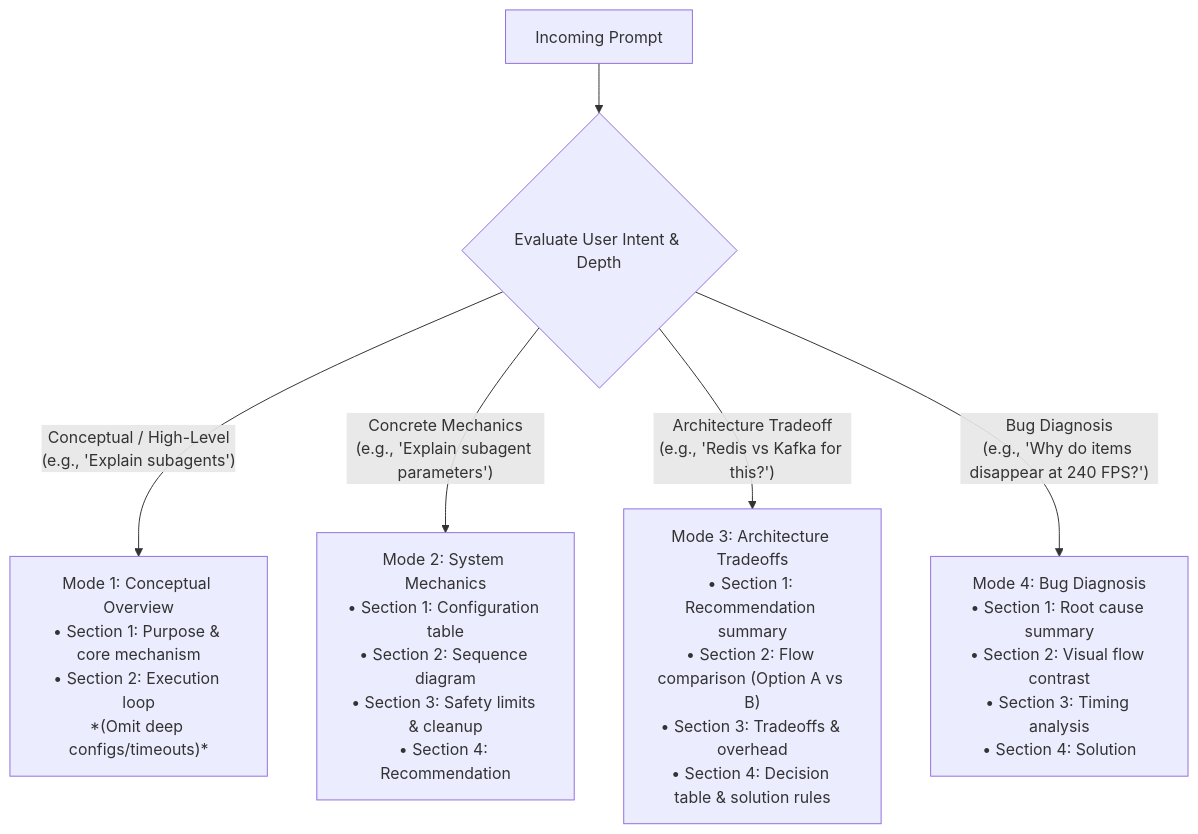
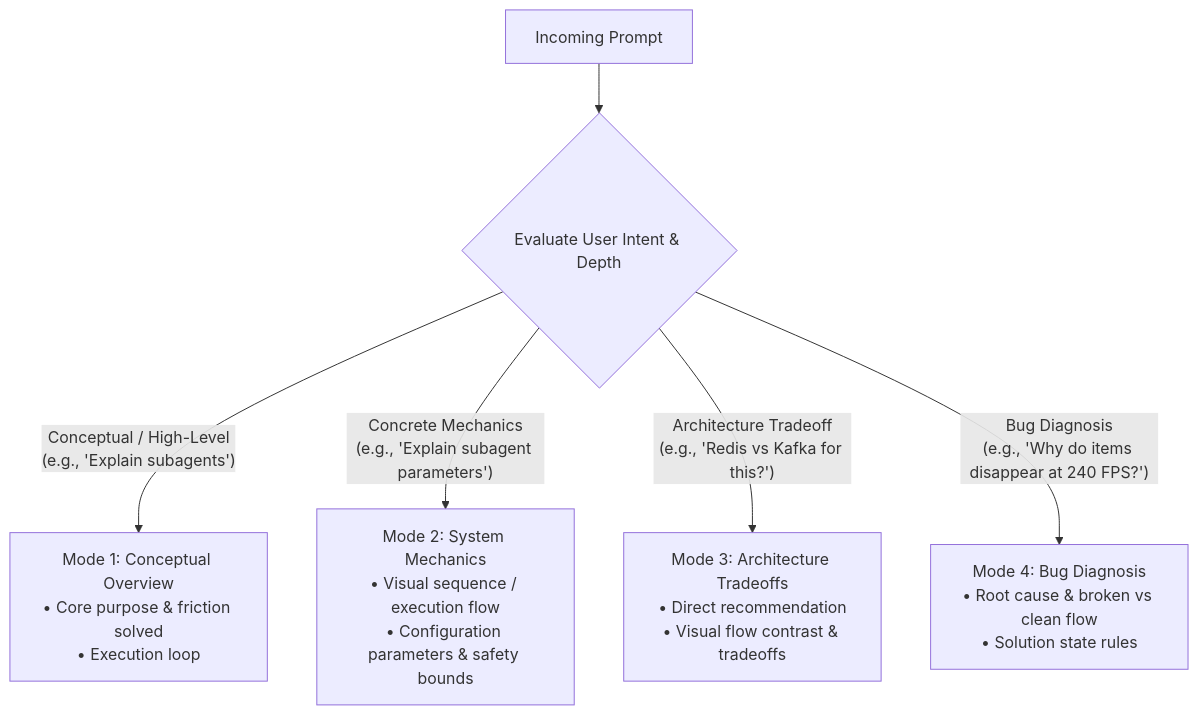
One commit to loerei/myskills changed the diagram in productivity/your-co-engineer-for-this-jet-engine-is-an-infant/SKILL.md. Above: the diagram before and after it, drawn with Mermaid. The commit also changed other lines of this file, not shown here.

Commit message:
docs(skills): balance visual flows with ceremony-free execution workflows in your-co-engineer

````diff
--- a/productivity/your-co-engineer-for-this-jet-engine-is-an-infant/SKILL.md
+++ b/productivity/your-co-engineer-for-this-jet-engine-is-an-infant/SKILL.md
@@ -51,12 +51,12 @@
 ```mermaid
 flowchart TD
     PromptIn["Incoming Prompt"] --> ScopeEval{"Evaluate User Intent & Depth"}
     
-    ScopeEval -->|"Conceptual / High-Level<br/>(e.g., 'Explain subagents')"| Mode1["Mode 1: Conceptual Overview<br/>• Section 1: Purpose & core mechanism<br/>• Section 2: Execution loop<br/>*(Omit deep configs/timeouts)*"]
+    ScopeEval -->|"Conceptual / High-Level<br/>(e.g., 'Explain subagents')"| Mode1["Mode 1: Conceptual Overview<br/>• Core purpose & friction solved<br/>• Execution loop"]
     
-    ScopeEval -->|"Concrete Mechanics<br/>(e.g., 'Explain subagent parameters')"| Mode2["Mode 2: System Mechanics<br/>• Section 1: Configuration table<br/>• Section 2: Sequence diagram<br/>• Section 3: Safety limits & cleanup<br/>• Section 4: Recommendation"]
+    ScopeEval -->|"Concrete Mechanics<br/>(e.g., 'Explain subagent parameters')"| Mode2["Mode 2: System Mechanics<br/>• Visual sequence / execution flow<br/>• Configuration parameters & safety bounds"]
     
-    ScopeEval -->|"Architecture Tradeoff<br/>(e.g., 'Redis vs Kafka for this?')"| Mode3["Mode 3: Architecture Tradeoffs<br/>• Section 1: Recommendation summary<br/>• Section 2: Flow comparison (Option A vs B)<br/>• Section 3: Tradeoffs & overhead<br/>• Section 4: Decision table & solution rules"]
+    ScopeEval -->|"Architecture Tradeoff<br/>(e.g., 'Redis vs Kafka for this?')"| Mode3["Mode 3: Architecture Tradeoffs<br/>• Direct recommendation<br/>• Visual flow contrast & tradeoffs"]
     
-    ScopeEval -->|"Bug Diagnosis<br/>(e.g., 'Why do items disappear at 240 FPS?')"| Mode4["Mode 4: Bug Diagnosis<br/>• Section 1: Root cause summary<br/>• Section 2: Visual flow contrast<br/>• Section 3: Timing analysis<br/>• Section 4: Solution"]
+    ScopeEval -->|"Bug Diagnosis<br/>(e.g., 'Why do items disappear at 240 FPS?')"| Mode4["Mode 4: Bug Diagnosis<br/>• Root cause & broken vs clean flow<br/>• Solution state rules"]
 ```
````
